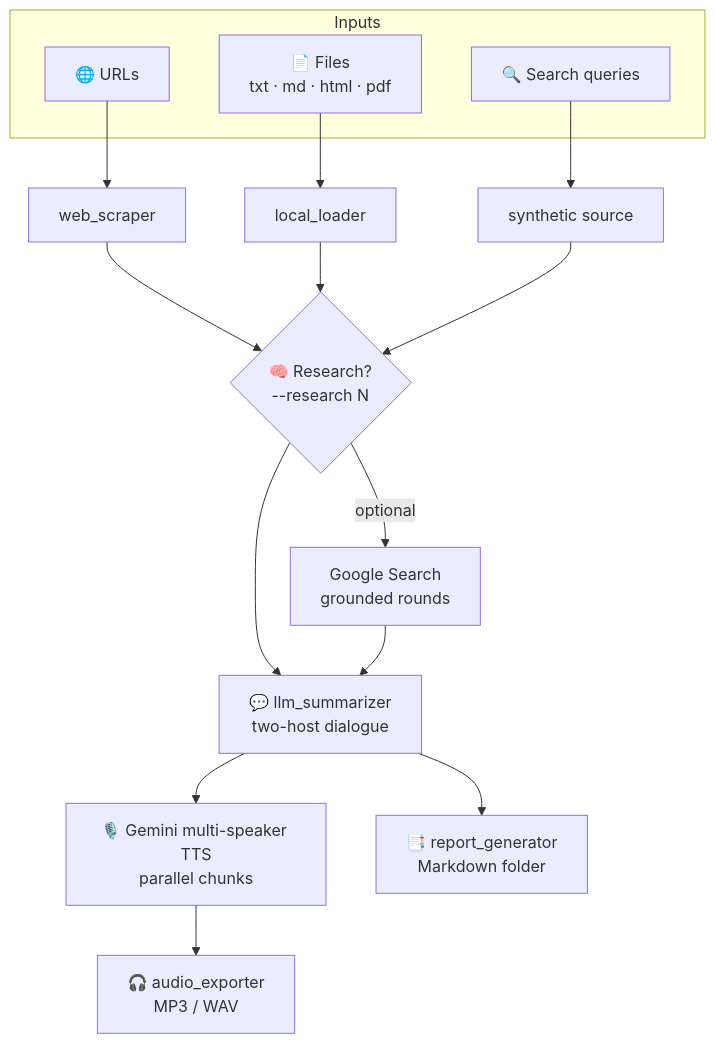
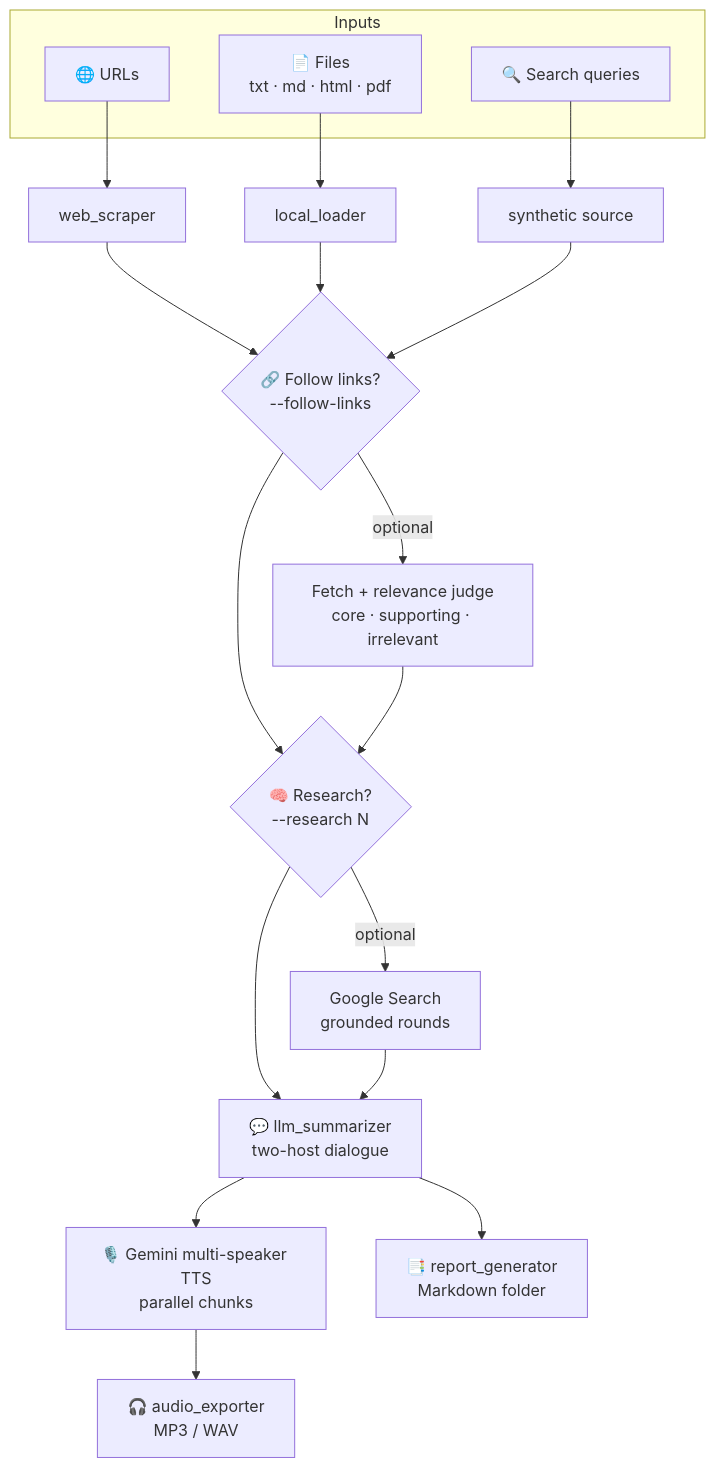
One commit to obeone/tts-podcast changed the diagram in README.md. Above: the diagram before and after it, drawn with Mermaid. The commit also changed other lines of this file, not shown here.

````diff
--- a/README.md
+++ b/README.md
@@ -360,24 +404,28 @@
 ```mermaid
 flowchart TB
     subgraph IN[" Inputs "]
         U[🌐 URLs]
         F[📄 Files<br/>txt · md · html · pdf]
         S[🔍 Search queries]
     end
 
     U --> SC[web_scraper]
     F --> LL[local_loader]
     S --> SY[synthetic source]
 
-    SC --> R{🧠 Research?<br/>--research N}
-    LL --> R
-    SY --> R
+    SC --> FL{🔗 Follow links?<br/>--follow-links}
+    LL --> FL
+    SY --> FL
+
+    FL -->|optional| FF[Fetch + relevance judge<br/>core · supporting · irrelevant]
+    FL --> R{🧠 Research?<br/>--research N}
+    FF --> R
 
     R -->|optional| RR[Google Search<br/>grounded rounds]
     R --> D[💬 llm_summarizer<br/>two-host dialogue]
     RR --> D
 
     D --> T[🎙️ Gemini multi-speaker TTS<br/>parallel chunks]
     T --> A[🎧 audio_exporter<br/>MP3 / WAV]
     D --> REP[📑 report_generator<br/>Markdown folder]
 ```
````
